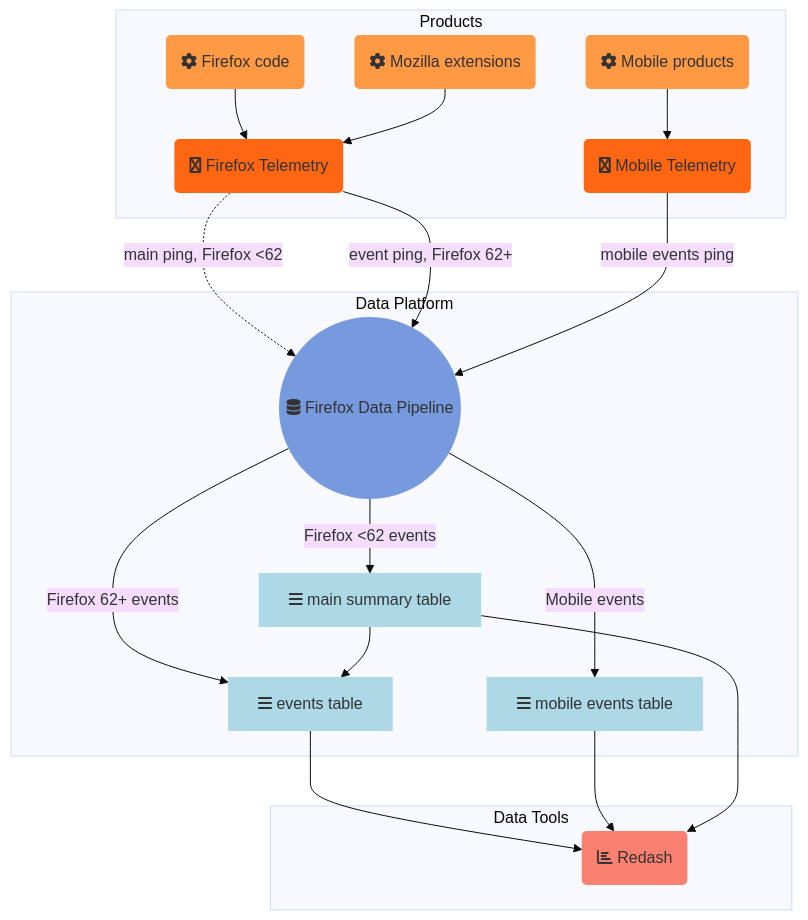
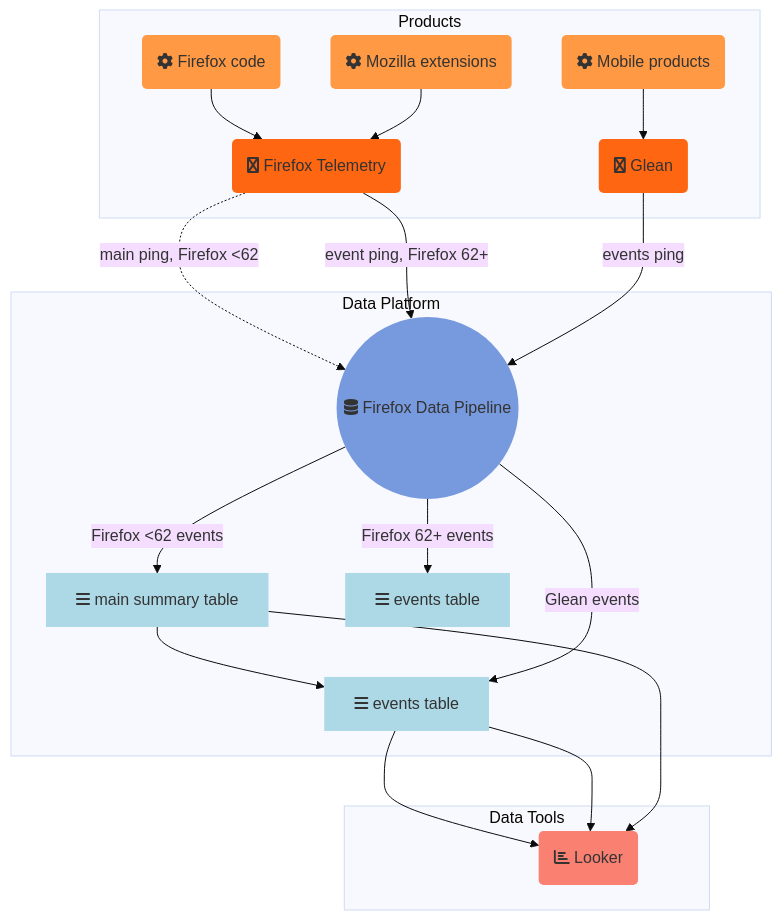
The diagram in src/concepts/pipeline/event_pipeline.md (mozilla/data-docs), drawn with Mermaid (base theme) before and after one commit. The commit also changed other lines of this file and 1 other file, not shown here.

Commit message:
Update events pipeline docs

````diff
--- a/src/concepts/pipeline/event_pipeline.md
+++ b/src/concepts/pipeline/event_pipeline.md
@@ -6,36 +6,36 @@
 ```mermaid
 graph TD
 
 subgraph Products
 fx_code(fa:fa-cog Firefox code) --> firefox(fa:fa-firefox Firefox Telemetry)
 fx_extensions(fa:fa-cog Mozilla extensions) --> firefox
-mobile(fa:fa-cog Mobile products) --> mobile_telemetry(fa:fa-firefox Mobile Telemetry)
+mobile(fa:fa-cog Mobile products) --> mobile_telemetry(fa:fa-firefox Glean)
 end
 
 subgraph Data Platform
 firefox -.->|main ping, Firefox <62| pipeline((fa:fa-database Firefox Data Pipeline))
 firefox -->|event ping, Firefox 62+| pipeline
-mobile_telemetry --> |mobile events ping| pipeline
+mobile_telemetry --> |events ping| pipeline
 pipeline -->|Firefox <62 events| main_summary[fa:fa-bars main summary table]
-pipeline -->|Firefox 62+ events| events_table[fa:fa-bars events table]
+pipeline -->|Firefox 62+ events| mobile_events_table[fa:fa-bars events table]
 main_summary --> events_table
-pipeline -->|Mobile events| mobile_events_table[fa:fa-bars mobile events table]
+pipeline -->|Glean events| events_table[fa:fa-bars events table]
 end
 
 subgraph Data Tools
-events_table --> redash
-mobile_events_table --> redash
-main_summary --> redash(fa:fa-bar-chart Redash)
+events_table --> looker
+events_table --> looker
+main_summary --> looker(fa:fa-bar-chart Looker)
 end
 
 style fx_code fill:#f94,stroke-width:0px
 style fx_extensions fill:#f94,stroke-width:0px
 style mobile fill:#f94,stroke-width:0px
 style firefox fill:#f61,stroke-width:0px
 style mobile_telemetry fill:#f61,stroke-width:0px
 style pipeline fill:#79d,stroke-width:0px
 style main_summary fill:lightblue,stroke-width:0px
 style events_table fill:lightblue,stroke-width:0px
 style mobile_events_table fill:lightblue,stroke-width:0px
-style redash fill:salmon,stroke-width:0px
+style looker fill:salmon,stroke-width:0px
 ```
````
